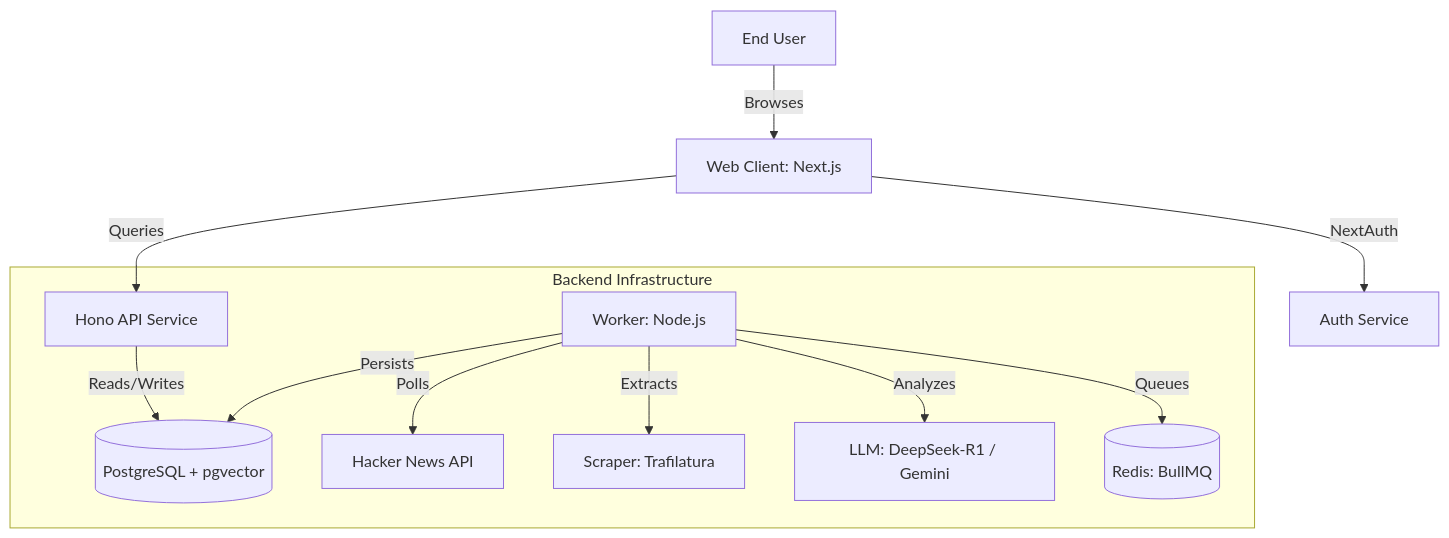
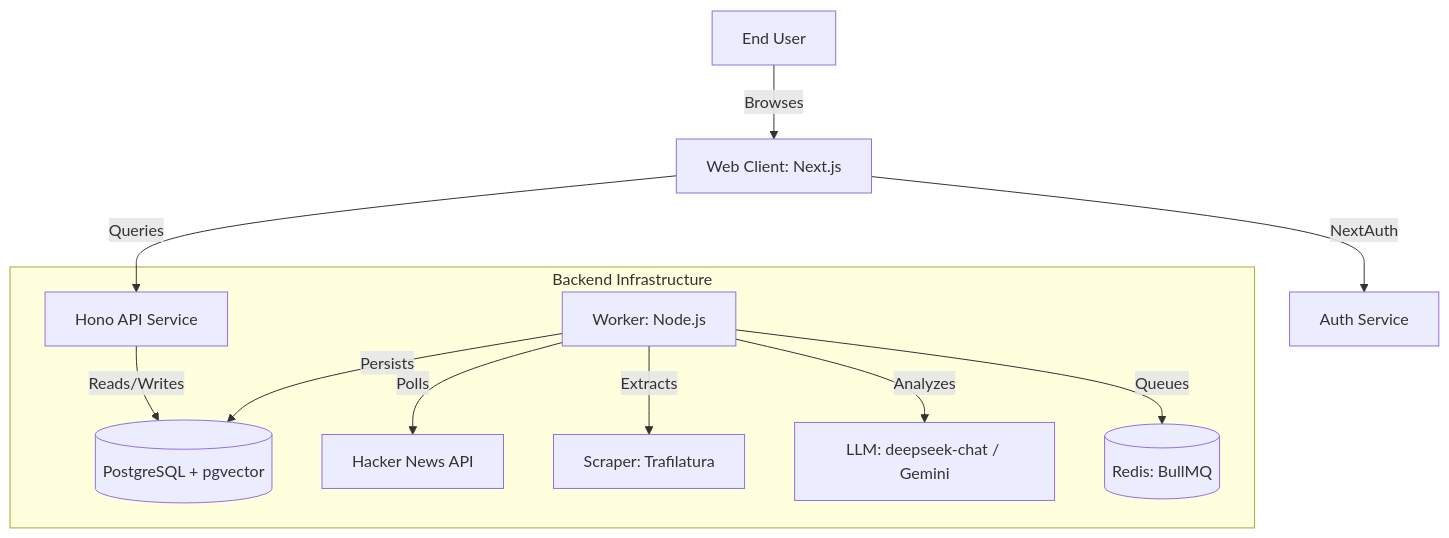
Before and after one commit to hippotoes/hn-digest: the diagram in design/STRUCTURAL_SPEC.md, drawn with Mermaid. The commit also changed other lines of this file and 38 other files, not shown here.

````diff
--- a/design/STRUCTURAL_SPEC.md
+++ b/design/STRUCTURAL_SPEC.md
@@ -7,15 +7,15 @@
 ```mermaid
 graph TD
     User[End User] -->|Browses| WebClient[Web Client: Next.js]
     WebClient -->|NextAuth| Auth[Auth Service]
     WebClient -->|Queries| HonoAPI[Hono API Service]
 
     subgraph "Backend Infrastructure"
         HonoAPI -->|Reads/Writes| DB[(PostgreSQL + pgvector)]
         Worker[Worker: Node.js] -->|Polls| HN[Hacker News API]
         Worker -->|Extracts| Scraper[Scraper: Trafilatura]
-        Worker -->|Analyzes| LLM[LLM: DeepSeek-R1 / Gemini]
+        Worker -->|Analyzes| LLM[LLM: deepseek-chat / Gemini]
         Worker -->|Persists| DB
         Worker -->|Queues| Redis[(Redis: BullMQ)]
     end
 ```
````
